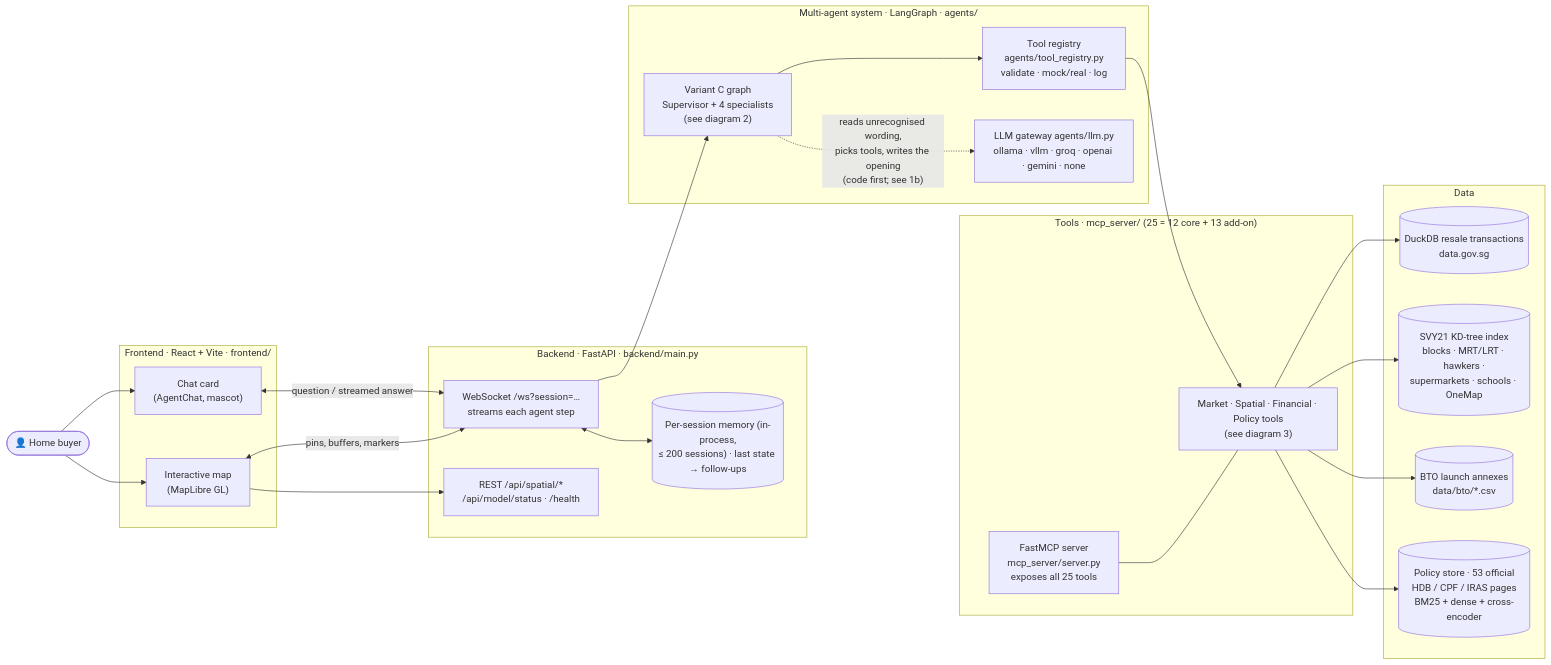
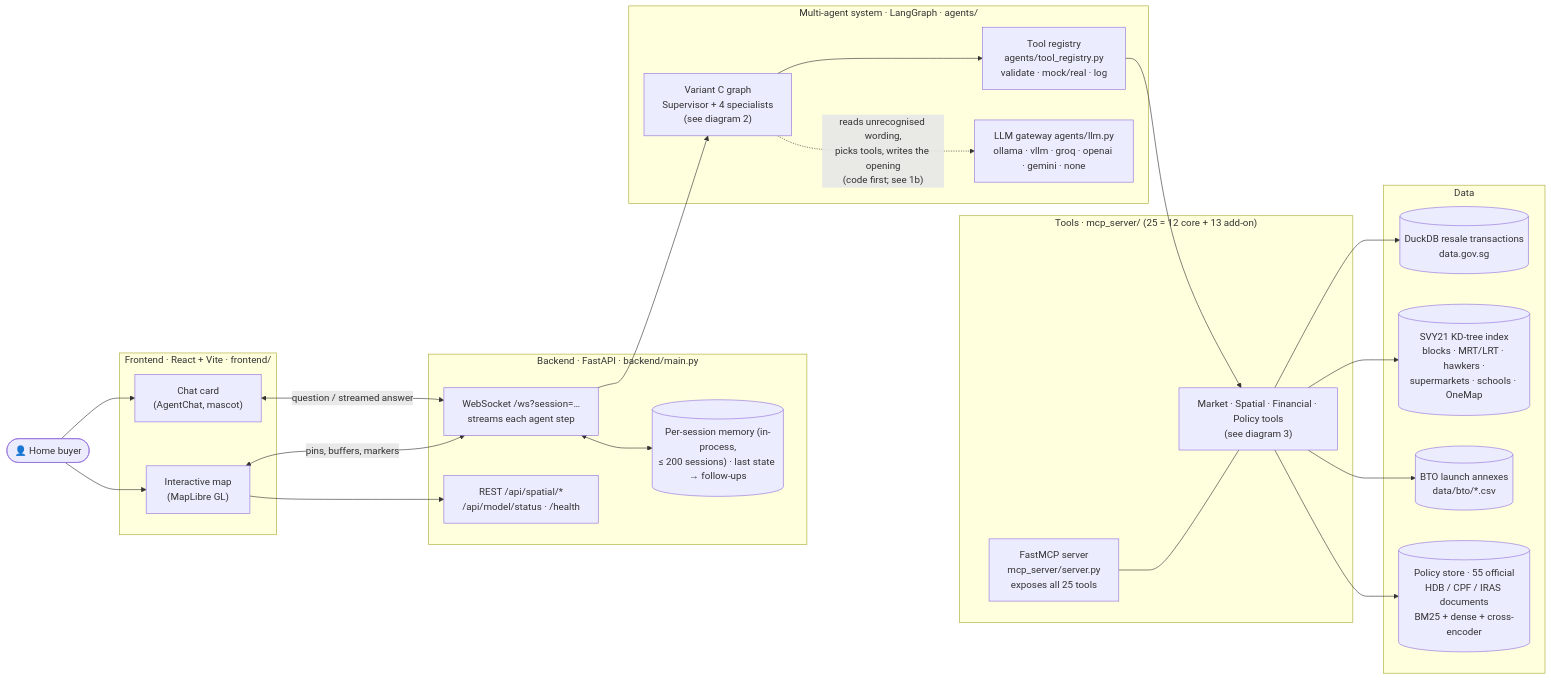
One commit to fcyap/HDB-Compass changed the first of 4 diagrams in README.md. Above: the diagram before and after it, drawn with Mermaid. The commit also changed other lines of this file and 3 other files, not shown here.

````diff
--- a/README.md
+++ b/README.md
@@ -19,48 +19,48 @@
 ```mermaid
 flowchart LR
     User(["👤 Home buyer"])
 
     subgraph FE["Frontend · React + Vite · frontend/"]
         Chat["Chat card<br/>(AgentChat, mascot)"]
         Map["Interactive map<br/>(MapLibre GL)"]
     end
 
     subgraph BE["Backend · FastAPI · backend/main.py"]
         WS["WebSocket /ws?session=…<br/>streams each agent step"]
         Sessions[("Per-session memory (in-process,<br/>≤ 200 sessions) · last state → follow-ups")]
         REST["REST /api/spatial/*<br/>/api/model/status · /health"]
     end
 
     subgraph AG["Multi-agent system · LangGraph · agents/"]
         AGraph["Variant C graph<br/>Supervisor + 4 specialists<br/>(see diagram 2)"]
         Registry["Tool registry<br/>agents/tool_registry.py<br/>validate · mock/real · log"]
         LLM["LLM gateway agents/llm.py<br/>ollama · vllm · groq · openai · gemini · none"]
     end
 
     subgraph TOOLS["Tools · mcp_server/ (25 = 12 core + 13 add-on)"]
         MCP["FastMCP server<br/>mcp_server/server.py<br/>exposes all 25 tools"]
         T["Market · Spatial · Financial · Policy tools<br/>(see diagram 3)"]
     end
 
     subgraph DATA["Data"]
         Duck[("DuckDB resale transactions<br/>data.gov.sg")]
         Spatial[("SVY21 KD-tree index<br/>blocks · MRT/LRT · hawkers ·<br/>supermarkets · schools · OneMap")]
         BTO[("BTO launch annexes<br/>data/bto/*.csv")]
-        Policy[("Policy store · 53 official<br/>HDB / CPF / IRAS pages<br/>BM25 + dense + cross-encoder")]
+        Policy[("Policy store · 55 official<br/>HDB / CPF / IRAS documents<br/>BM25 + dense + cross-encoder")]
     end
 
     User --> Chat
     User --> Map
     Chat <-->|"question / streamed answer"| WS
     Map <-->|"pins, buffers, markers"| WS
     Map --> REST
     WS <--> Sessions
     WS --> AGraph
     AGraph --> Registry --> T
     AGraph -.->|"reads unrecognised wording,<br/>picks tools, writes the opening<br/>(code first; see 1b)"| LLM
     MCP --- T
     T --> Duck
     T --> Spatial
     T --> BTO
     T --> Policy
 ```
````
